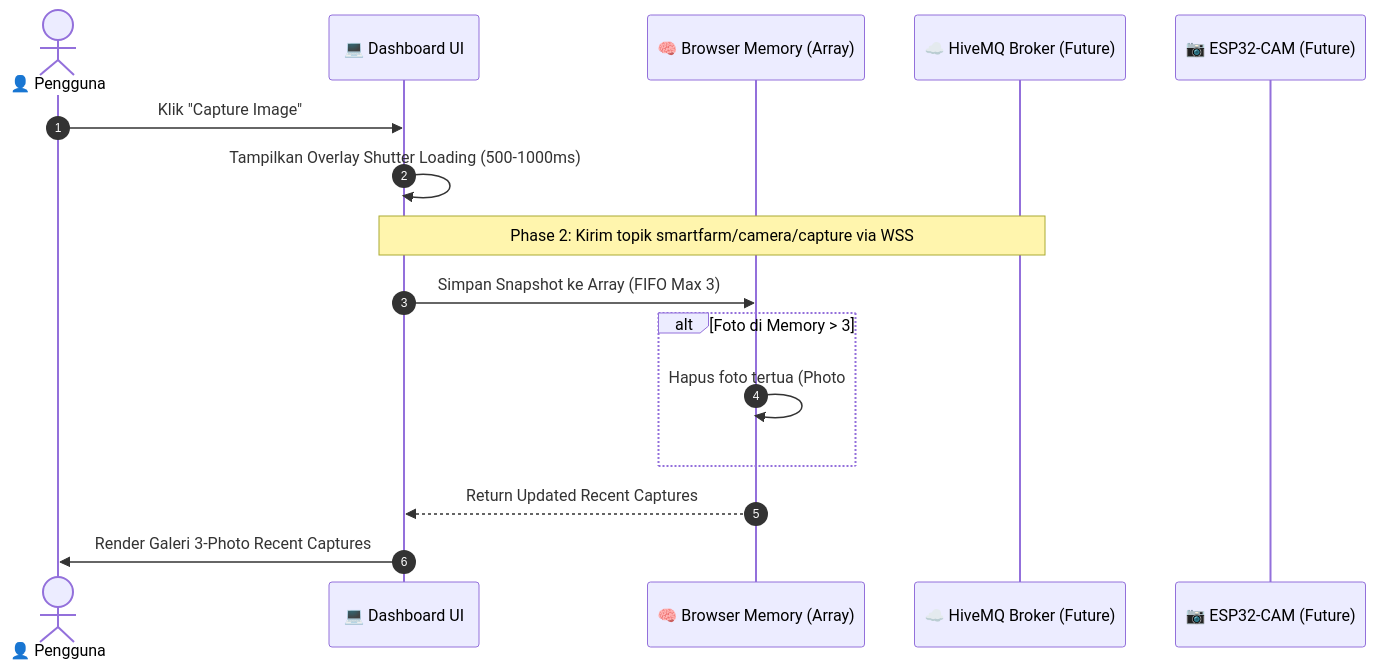
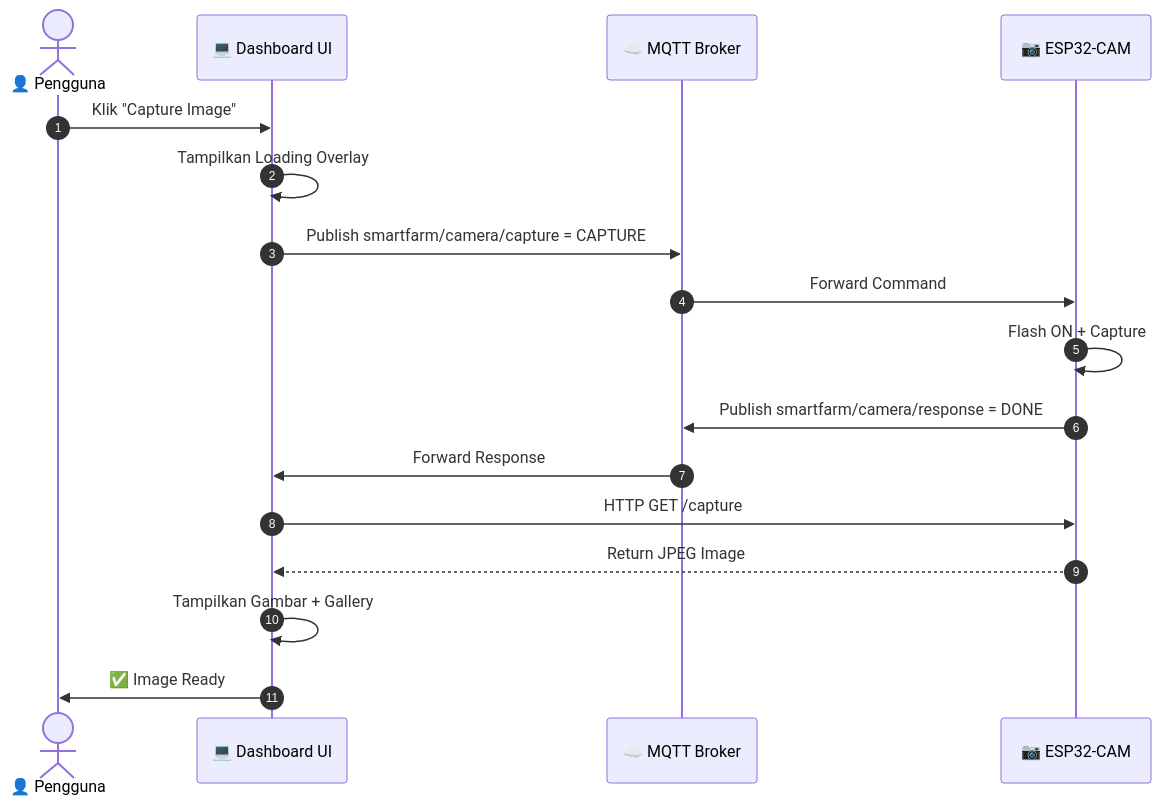
One commit to ficrammanifur/Smart-Farming changed the second of 9 diagrams in README.md. Above: the diagram before and after it, drawn with Mermaid. The commit also changed other lines of this file, not shown here.

````diff
--- a/README.md
+++ b/README.md
@@ -101,19 +150,20 @@
 ```mermaid
 sequenceDiagram
     autonumber
     actor User as 👤 Pengguna
     participant UI as 💻 Dashboard UI
-    participant Buffer as 🧠 Browser Memory (Array)
-    participant MQTT as ☁️ HiveMQ Broker (Future)
-    participant ESPCAM as 📷 ESP32-CAM (Future)
+    participant MQTT as ☁️ MQTT Broker
+    participant ESPCAM as 📷 ESP32-CAM
 
     User->>UI: Klik "Capture Image"
-    UI->>UI: Tampilkan Overlay Shutter Loading (500-1000ms)
-    Note over UI,MQTT: Phase 2: Kirim topik smartfarm/camera/capture via WSS
-    UI->>Buffer: Simpan Snapshot ke Array (FIFO Max 3)
-    alt Foto di Memory > 3
-        Buffer->>Buffer: Hapus foto tertua (Photo #4)
-    end
-    Buffer-->>UI: Return Updated Recent Captures
-    UI->>User: Render Galeri 3-Photo Recent Captures
+    UI->>UI: Tampilkan Loading Overlay
+    UI->>MQTT: Publish smartfarm/camera/capture = CAPTURE
+    MQTT->>ESPCAM: Forward Command
+    ESPCAM->>ESPCAM: Flash ON + Capture
+    ESPCAM->>MQTT: Publish smartfarm/camera/response = DONE
+    MQTT->>UI: Forward Response
+    UI->>ESPCAM: HTTP GET /capture
+    ESPCAM-->>UI: Return JPEG Image
+    UI->>UI: Tampilkan Gambar + Gallery
+    UI->>User: ✅ Image Ready
 ```
````
